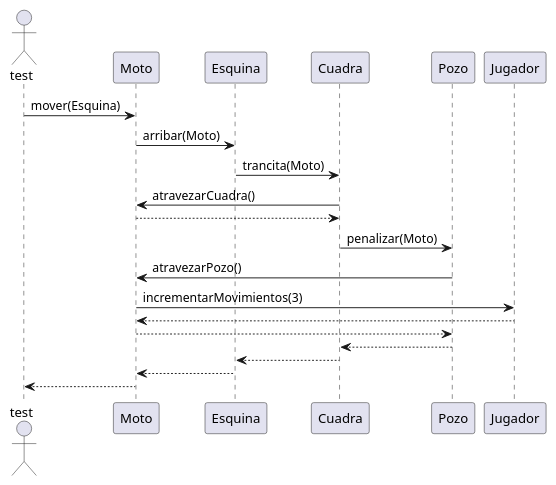
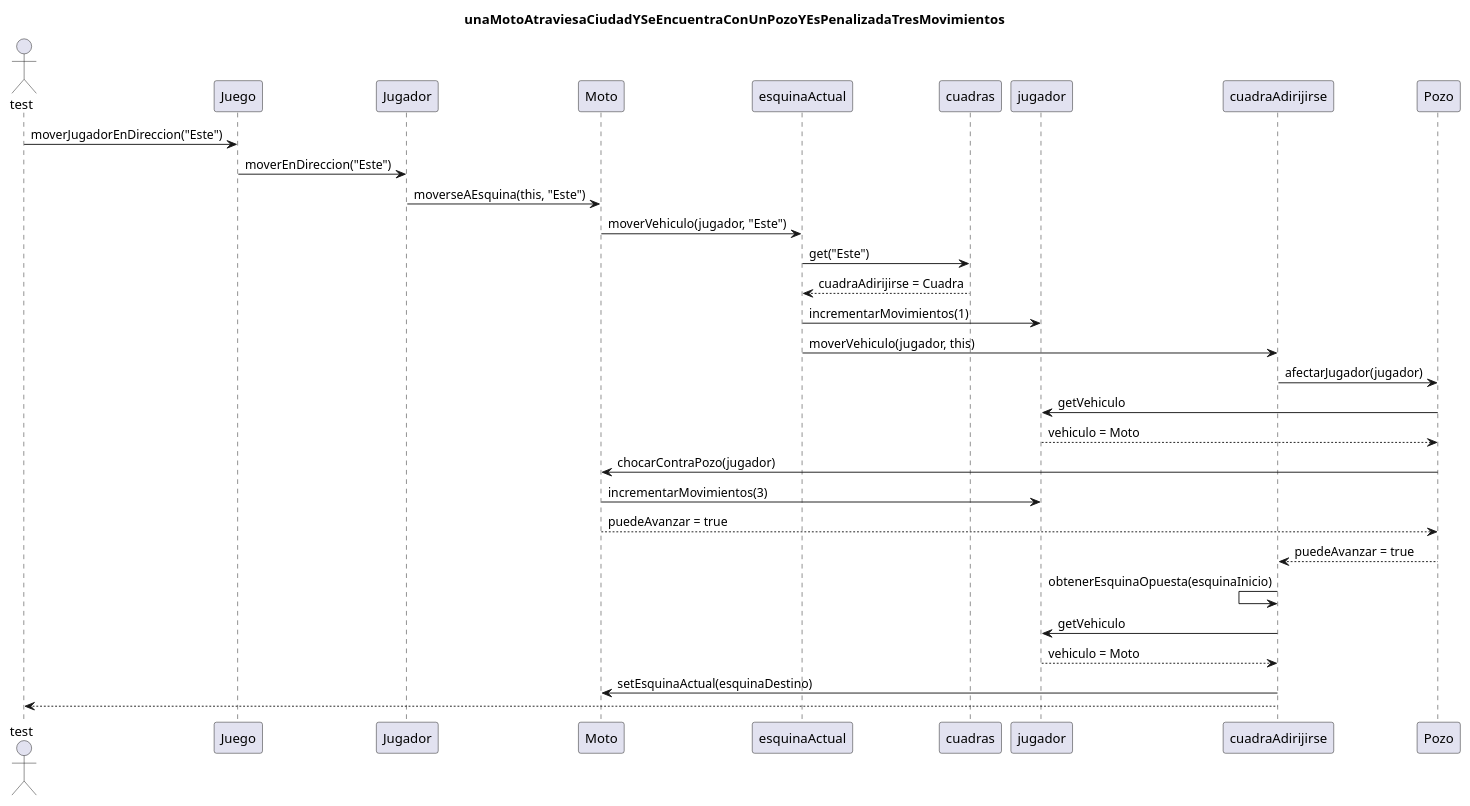
The diagram in diagrams/sequences/entrega01/CasoDeUso01.plantuml (TP2Algo3FIUBA/tp2), drawn with PlantUML before and after one commit. The commit also changed 8 other files, not shown here.

Commit message:
Diagrama de secuencia caso de uso 1 semana 1

```diff
--- a/diagrams/sequences/entrega01/CasoDeUso01.plantuml
+++ b/diagrams/sequences/entrega01/CasoDeUso01.plantuml
@@ -1,17 +1,28 @@
 @startuml
+
+title: unaMotoAtraviesaCiudadYSeEncuentraConUnPozoYEsPenalizadaTresMovimientos
+
+
 Actor test
-test -> Moto : mover(Esquina)
-Moto -> Esquina: arribar(Moto)
-Esquina -> Cuadra: trancita(Moto)
-Cuadra -> Moto: atravezarCuadra()
-Moto --> Cuadra
-Cuadra -> Pozo: penalizar(Moto)
-Pozo -> Moto: atravezarPozo()
-Moto -> Jugador: incrementarMovimientos(3)
-Jugador --> Moto
-Moto --> Pozo
-Pozo --> Cuadra
-Cuadra --> Esquina
-Esquina --> Moto
-Moto --> test
+test -> Juego : moverJugadorEnDireccion("Este")
+Juego -> Jugador : moverEnDireccion("Este")
+Jugador -> Moto : moverseAEsquina(this, "Este")
+Moto -> esquinaActual : moverVehiculo(jugador, "Este")
+esquinaActual -> cuadras : get("Este")
+esquinaActual <-- cuadras : cuadraAdirijirse = Cuadra
+esquinaActual -> jugador : incrementarMovimientos(1)
+esquinaActual -> cuadraAdirijirse : moverVehiculo(jugador, this)
+cuadraAdirijirse -> Pozo : afectarJugador(jugador)
+Pozo -> jugador : getVehiculo
+Pozo <-- jugador : vehiculo = Moto
+Pozo -> Moto : chocarContraPozo(jugador)
+Moto -> jugador : incrementarMovimientos(3)
+Pozo <-- Moto : puedeAvanzar = true
+cuadraAdirijirse <-- Pozo : puedeAvanzar = true
+cuadraAdirijirse <- cuadraAdirijirse : obtenerEsquinaOpuesta(esquinaInicio)
+cuadraAdirijirse -> jugador : getVehiculo
+cuadraAdirijirse <-- jugador : vehiculo = Moto
+cuadraAdirijirse -> Moto : setEsquinaActual(esquinaDestino)
+test <-- cuadraAdirijirse
+
 @enduml
```
